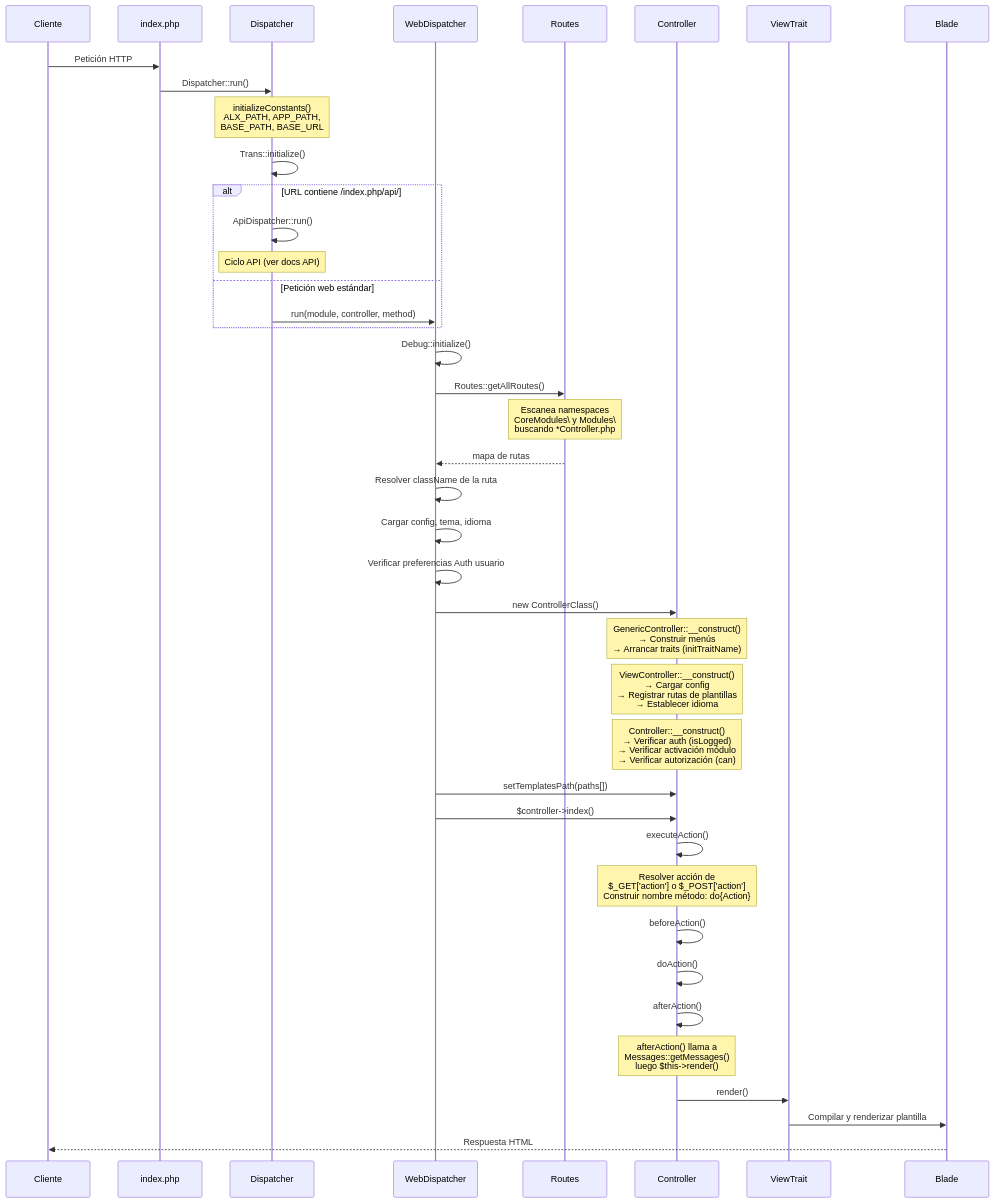
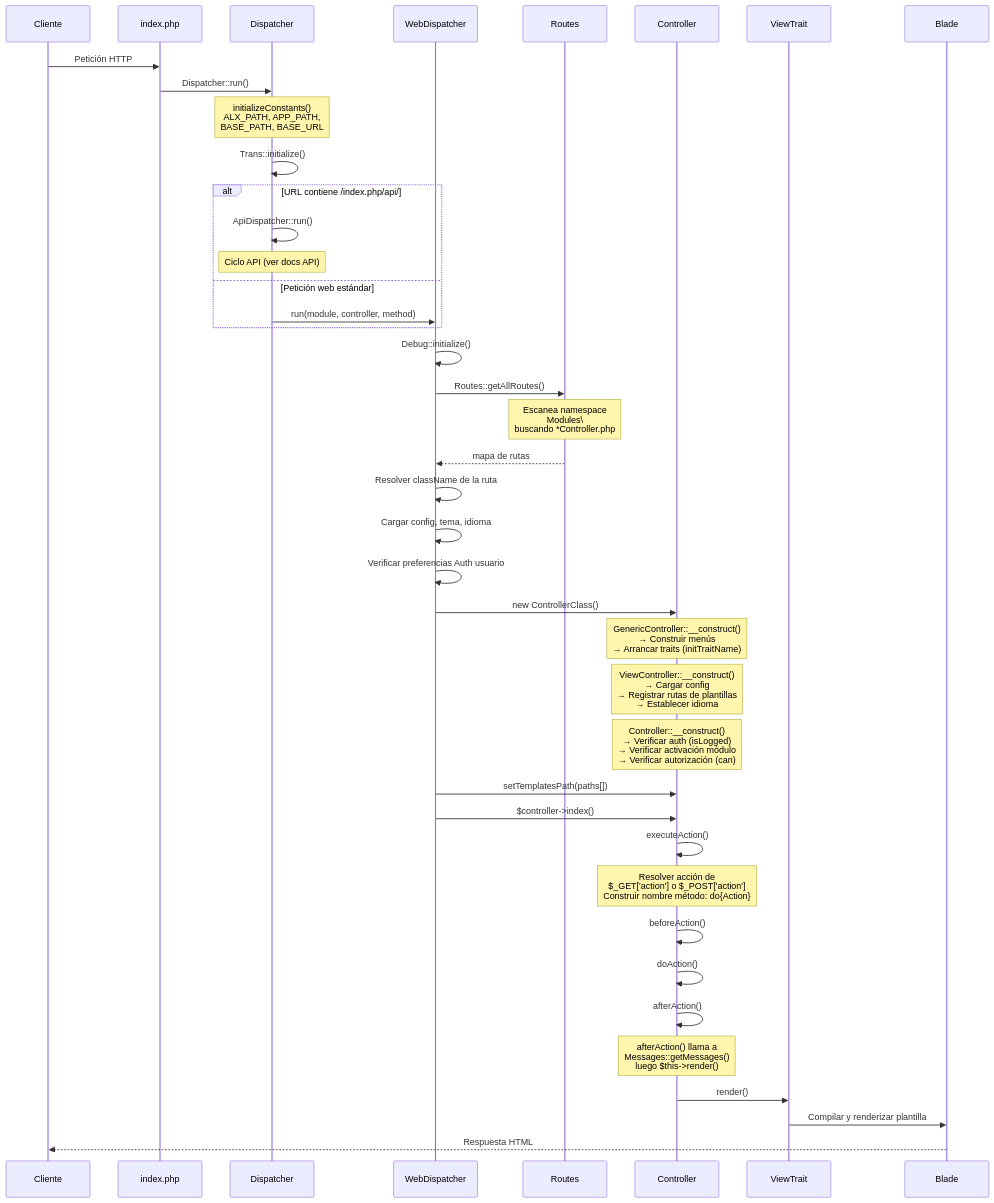
The diagram in doc/es/ciclo_de_vida.md (alxarafe/alxarafe), drawn with Mermaid before and after one commit. The commit also changed other lines of this file and 330 other files, not shown here.

````diff
--- a/doc/es/ciclo_de_vida.md
+++ b/doc/es/ciclo_de_vida.md
@@ -7,58 +7,58 @@
 ```mermaid
 sequenceDiagram
     participant Cliente
     participant index.php
     participant Dispatcher
     participant WebDispatcher
     participant Routes
     participant Controller
     participant ViewTrait
     participant Blade
     
     Cliente->>index.php: Petición HTTP
     index.php->>Dispatcher: Dispatcher::run()
     
     Note over Dispatcher: initializeConstants()<br/>ALX_PATH, APP_PATH,<br/>BASE_PATH, BASE_URL
     
     Dispatcher->>Dispatcher: Trans::initialize()
     
     alt URL contiene /index.php/api/
         Dispatcher->>Dispatcher: ApiDispatcher::run()
         Note over Dispatcher: Ciclo API (ver docs API)
     else Petición web estándar
         Dispatcher->>WebDispatcher: run(module, controller, method)
     end
     
     WebDispatcher->>WebDispatcher: Debug::initialize()
     WebDispatcher->>Routes: Routes::getAllRoutes()
     
-    Note over Routes: Escanea namespaces<br/>CoreModules\ y Modules\<br/>buscando *Controller.php
+    Note over Routes: Escanea namespace<br/>Modules\<br/>buscando *Controller.php
     
     Routes-->>WebDispatcher: mapa de rutas
     WebDispatcher->>WebDispatcher: Resolver className de la ruta
     WebDispatcher->>WebDispatcher: Cargar config, tema, idioma
     WebDispatcher->>WebDispatcher: Verificar preferencias Auth usuario
     
     WebDispatcher->>Controller: new ControllerClass()
     
     Note over Controller: GenericController::__construct()<br/>→ Construir menús<br/>→ Arrancar traits (initTraitName)
     Note over Controller: ViewController::__construct()<br/>→ Cargar config<br/>→ Registrar rutas de plantillas<br/>→ Establecer idioma
     Note over Controller: Controller::__construct()<br/>→ Verificar auth (isLogged)<br/>→ Verificar activación módulo<br/>→ Verificar autorización (can)
     
     WebDispatcher->>Controller: setTemplatesPath(paths[])
     WebDispatcher->>Controller: $controller->index()
     
     Controller->>Controller: executeAction()
     
     Note over Controller: Resolver acción de<br/>$_GET['action'] o $_POST['action']<br/>Construir nombre método: do{Action}
     
     Controller->>Controller: beforeAction()
     Controller->>Controller: doAction()
     Controller->>Controller: afterAction()
     
     Note over Controller: afterAction() llama a<br/>Messages::getMessages()<br/>luego $this->render()
     
     Controller->>ViewTrait: render()
     ViewTrait->>Blade: Compilar y renderizar plantilla
     Blade-->>Cliente: Respuesta HTML
 ```
````
